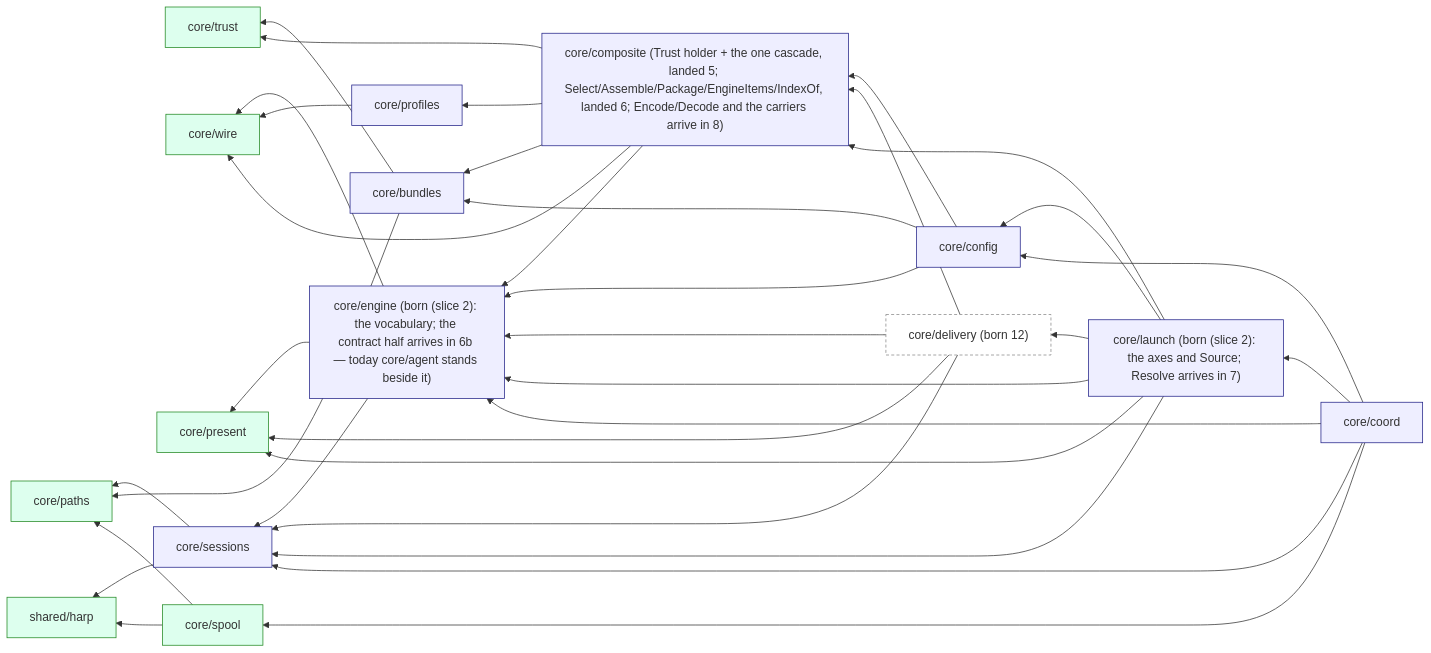
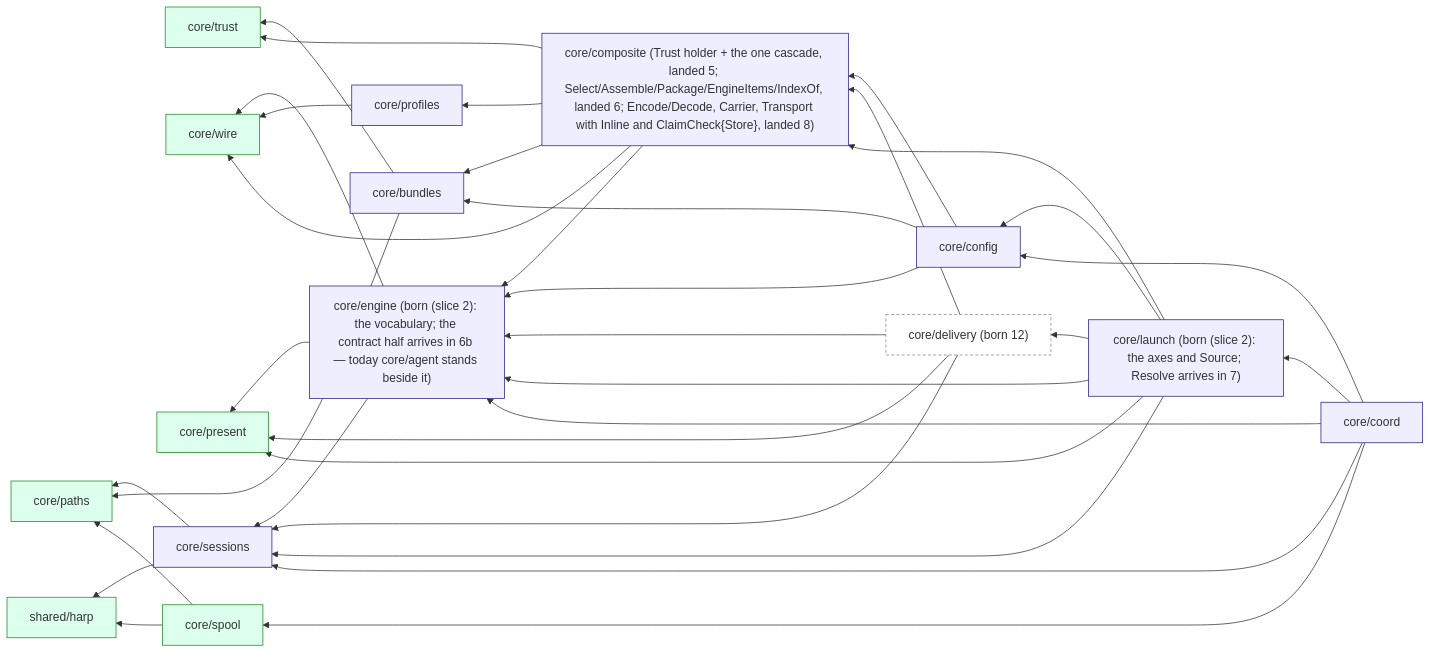
One commit to ctxloom/ctxloom changed the first of 5 diagrams in docs/architecture/audit-2026-09-18/30-decided-architecture.md. Above: the diagram before and after it, drawn with Mermaid. The commit also changed other lines of this file and 5 other files, not shown here.

First line of the commit message:
docs(architecture): the landed launch wire and runner in §1.1, §1.7, §2.1, §2.2 and the agentcoord graphs

````diff
--- a/docs/architecture/audit-2026-09-18/30-decided-architecture.md
+++ b/docs/architecture/audit-2026-09-18/30-decided-architecture.md
@@ -59,31 +59,31 @@
 ```mermaid
 flowchart RL
   classDef leaf fill:#dfe,stroke:#282
   classDef core fill:#eef,stroke:#228
   classDef later fill:#fff,stroke:#888,stroke-dasharray:4 3
   HARP[shared/harp]:::leaf
   PATHS[core/paths]:::leaf
   TRUST[core/trust]:::leaf
   WIRE[core/wire]:::leaf
   PRES[core/present]:::leaf
   SPOOL[core/spool]:::leaf
   SESS[core/sessions]:::core
   ENG["core/engine (born (slice 2): the vocabulary; the contract half arrives in 6b — today core/agent stands beside it)"]:::core
   BUN[core/bundles]:::core
   PROF[core/profiles]:::core
-  COMP["core/composite (Trust holder + the one cascade, landed 5; Select/Assemble/Package/EngineItems/IndexOf, landed 6; Encode/Decode and the carriers arrive in 8)"]:::core
+  COMP["core/composite (Trust holder + the one cascade, landed 5; Select/Assemble/Package/EngineItems/IndexOf, landed 6; Encode/Decode, Carrier, Transport with Inline and ClaimCheck{Store}, landed 8)"]:::core
   CFG[core/config]:::core
   DELIV["core/delivery (born 12)"]:::later
   LAUNCH["core/launch (born (slice 2): the axes and Source; Resolve arrives in 7)"]:::core
   COORD[core/coord]:::core
   SESS --> PATHS & HARP
   ENG --> SESS & PRES & WIRE
   BUN --> TRUST & PATHS
   PROF --> WIRE
   COMP --> BUN & PROF & TRUST & WIRE & ENG
   CFG --> BUN & COMP & ENG
   DELIV --> ENG & COMP & PRES & SESS
   LAUNCH --> ENG & COMP & DELIV & SESS & CFG & PRES
   COORD --> SESS & SPOOL & LAUNCH & CFG & ENG
   SPOOL --> PATHS & HARP
 ```
````
